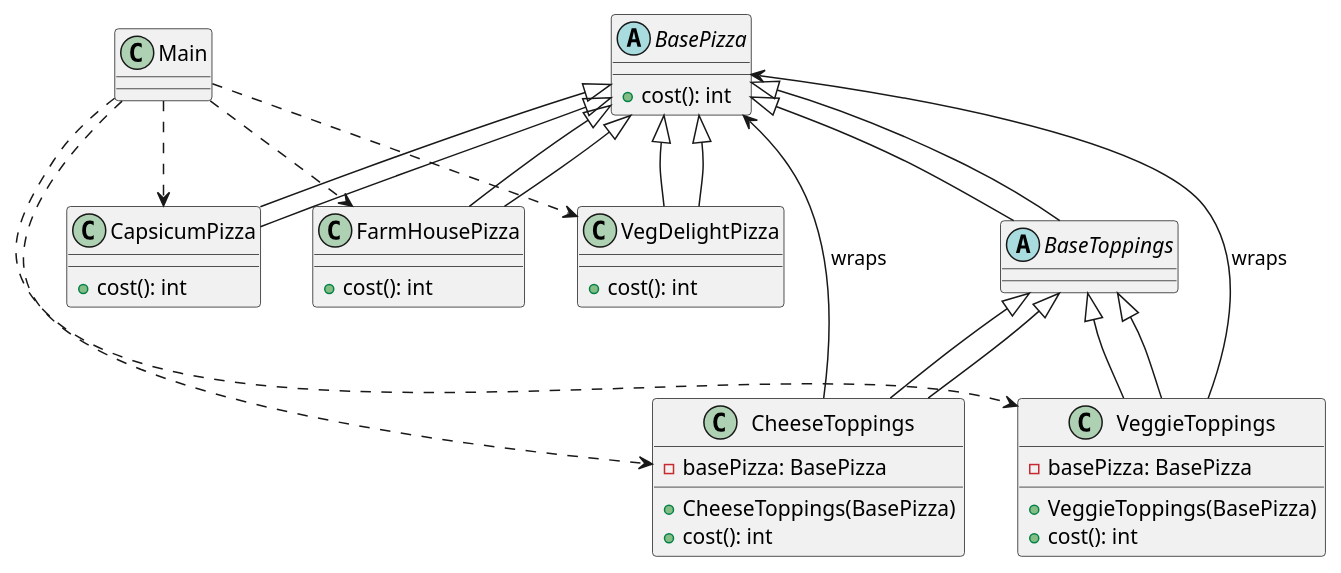
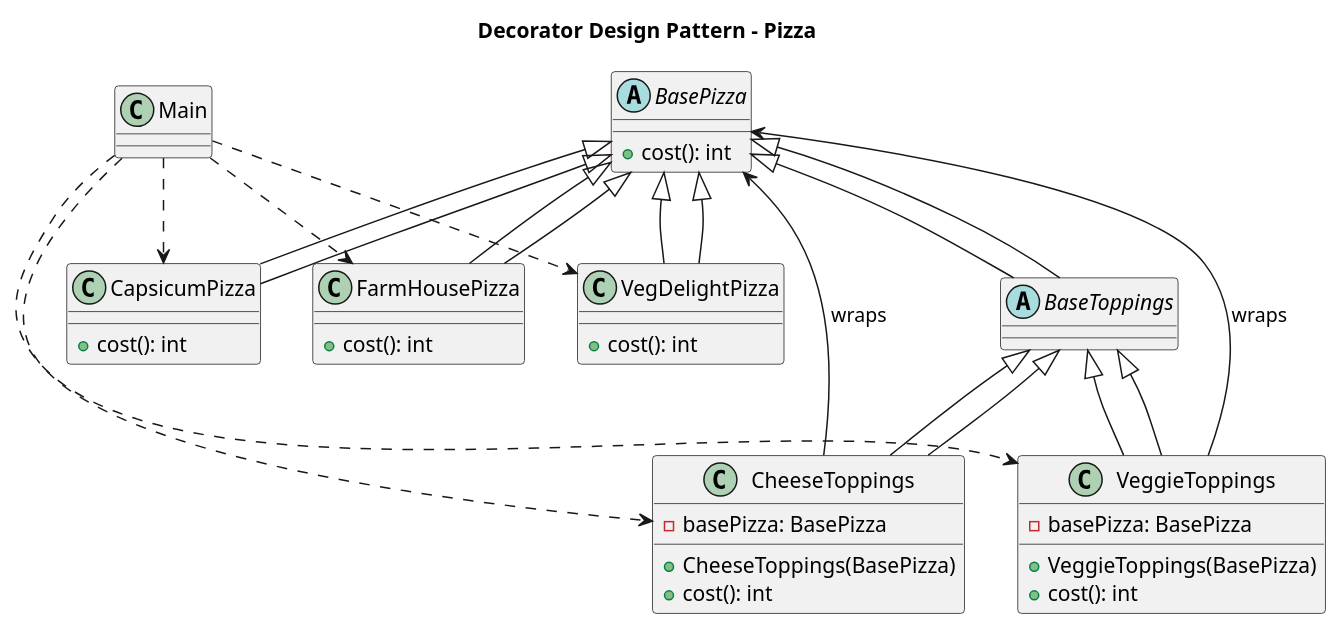
One commit to asheeshsingh1/design-pattern changed the diagram in Structural/Decorator/Decorator.puml. Above: the diagram before and after it, drawn with PlantUML. The commit also changed 8 other files, not shown here.

Commit message:
Added Factory Design Pattern also updated puml for existing dp

```diff
--- a/Structural/Decorator/Decorator.puml
+++ b/Structural/Decorator/Decorator.puml
@@ -1,58 +1,59 @@
 @startuml Decorator
+title Decorator Design Pattern - Pizza
 
 ' Abstract base classes
 abstract class BasePizza {
     +cost(): int
 }
 
 abstract class BaseToppings extends BasePizza
 
 ' Concrete pizza implementations
 class FarmHousePizza extends BasePizza {
     +cost(): int
 }
 
 class CapsicumPizza extends BasePizza {
     +cost(): int
 }
 
 class VegDelightPizza extends BasePizza {
     +cost(): int
 }
 
 ' Toppings (Decorators)
 class CheeseToppings extends BaseToppings {
     -basePizza: BasePizza
     +CheeseToppings(BasePizza)
     +cost(): int
 }
 
 class VeggieToppings extends BaseToppings {
     -basePizza: BasePizza
     +VeggieToppings(BasePizza)
     +cost(): int
 }
 
 ' Client
 class Main
 
 ' Inheritance relationships
 BasePizza <|-- BaseToppings
 BasePizza <|-- FarmHousePizza
 BasePizza <|-- CapsicumPizza
 BasePizza <|-- VegDelightPizza
 BaseToppings <|-- CheeseToppings
 BaseToppings <|-- VeggieToppings
 
 ' Composition (Decorator)
 CheeseToppings --> BasePizza : wraps
 VeggieToppings --> BasePizza : wraps
 
 ' Main usage
 Main ..> CheeseToppings
 Main ..> VeggieToppings
 Main ..> FarmHousePizza
 Main ..> CapsicumPizza
 Main ..> VegDelightPizza
 
 @enduml
```
